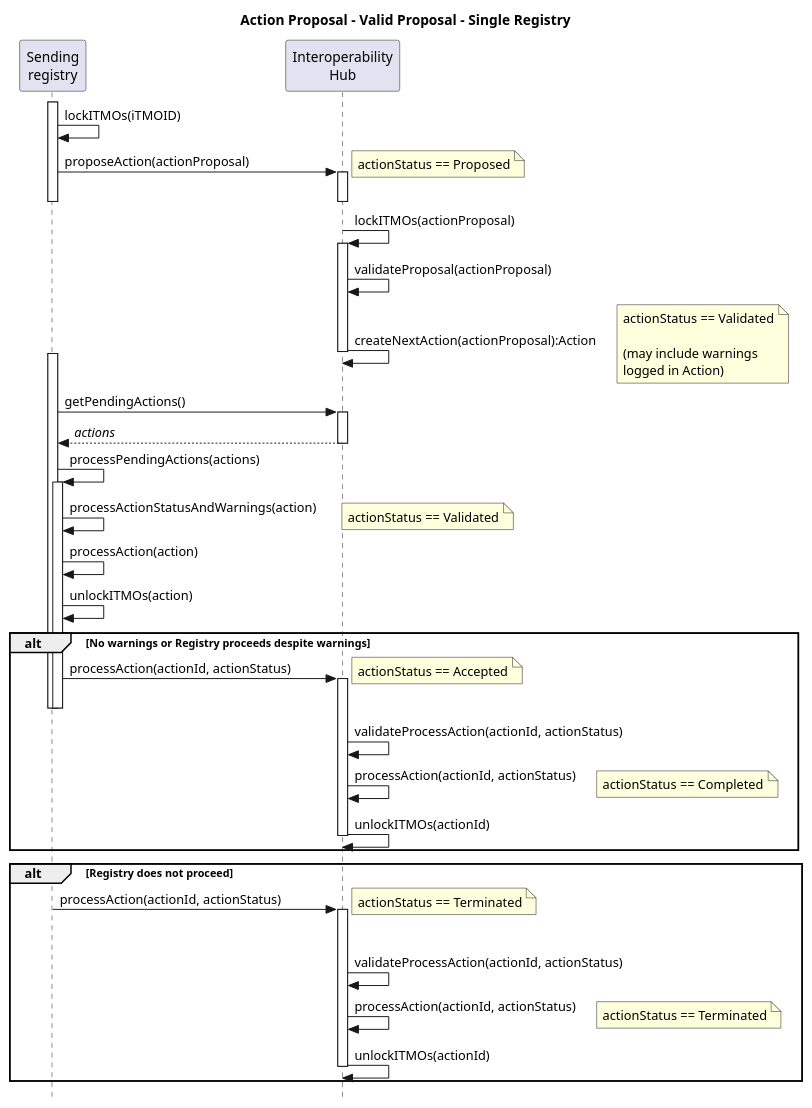
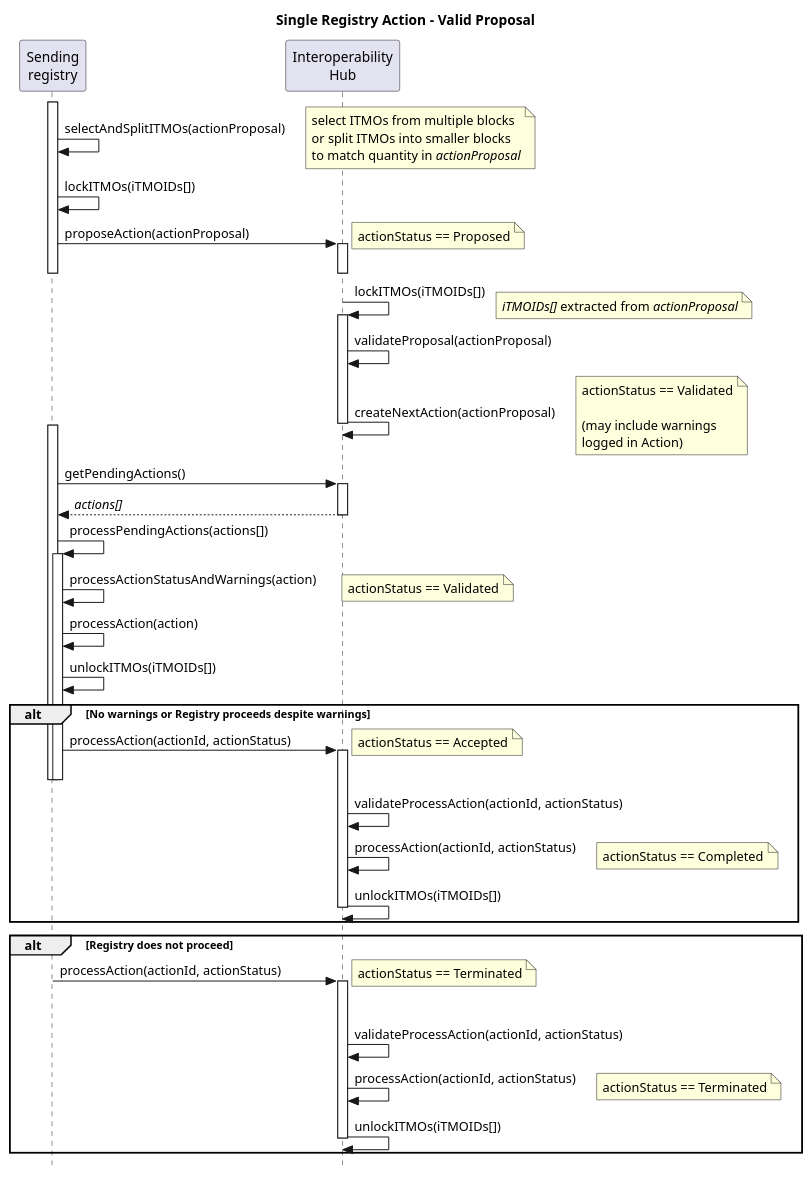
The diagram in diagrams/actionProposal_Valid_SingleReg_Sequence.puml (frankcnng/CARP), drawn with PlantUML before and after one commit.

```diff
--- a/diagrams/actionProposal_Valid_SingleReg_Sequence.puml
+++ b/diagrams/actionProposal_Valid_SingleReg_Sequence.puml
@@ -1,62 +1,67 @@
-@startuml actionProposal_Valid_SingleReg_Sequence
+@startuml Single Registry Action - Valid Proposal
 
-title Action Proposal - Valid Proposal - Single Registry
+title Single Registry Action - Valid Proposal
 
 skinparam style strictuml
 
 participant "Sending\nregistry" as Sender
 participant "Interoperability\nHub" as Hub
 
 activate Sender
-Sender -> Sender: lockITMOs(iTMOID)
+Sender -> Sender: selectAndSplitITMOs(actionProposal)
+note right: select ITMOs from multiple blocks\nor split ITMOs into smaller blocks\nto match quantity in //actionProposal//
+
+Sender -> Sender: lockITMOs(iTMOIDs[])
+
 Sender -> Hub++ : proposeAction(actionProposal)
 note right: actionStatus == Proposed
 deactivate Hub
 deactivate Sender
 
-Hub -> Hub++: lockITMOs(actionProposal)
+Hub -> Hub++: lockITMOs(iTMOIDs[])
+note right: //iTMOIDs[]// extracted from //actionProposal//
 
 Hub -> Hub: validateProposal(actionProposal)
-Hub -> Hub--: createNextAction(actionProposal):Action
+Hub -> Hub--: createNextAction(actionProposal)
 note right: actionStatus == Validated\n\n(may include warnings\nlogged in Action)
 
 activate Sender
 Sender -> Hub++ : getPendingActions()
-Sender <-- Hub--: //actions//
+Sender <-- Hub--: //actions[]//
 
-Sender -> Sender: processPendingActions(actions)
+Sender -> Sender: processPendingActions(actions[])
 activate Sender
 Sender -> Sender: processActionStatusAndWarnings(action)
 note right: actionStatus == Validated
 Sender -> Sender: processAction(action)
-Sender -> Sender: unlockITMOs(action)
+Sender -> Sender: unlockITMOs(iTMOIDs[])
 
 alt No warnings or Registry proceeds despite warnings
 
   Sender -> Hub++: processAction(actionId, actionStatus)
   note right: actionStatus == Accepted
   deactivate Sender
   deactivate Sender
   Hub -> Hub: validateProcessAction(actionId, actionStatus)
   Hub -> Hub: processAction(actionId, actionStatus)
   note right: actionStatus == Completed
-  Hub -> Hub--: unlockITMOs(actionId)
+  Hub -> Hub--: unlockITMOs(iTMOIDs[])
 
 end
 
 alt Registry does not proceed
 
   activate Sender
   activate Sender
   Sender -> Hub++: processAction(actionId, actionStatus)
   note right: actionStatus == Terminated
   deactivate Sender
   deactivate Sender
   Hub -> Hub: validateProcessAction(actionId, actionStatus)
   Hub -> Hub: processAction(actionId, actionStatus)
   note right: actionStatus == Terminated
-  Hub -> Hub--: unlockITMOs(actionId)
+  Hub -> Hub--: unlockITMOs(iTMOIDs[])
 
 end
 
 @enduml
```
